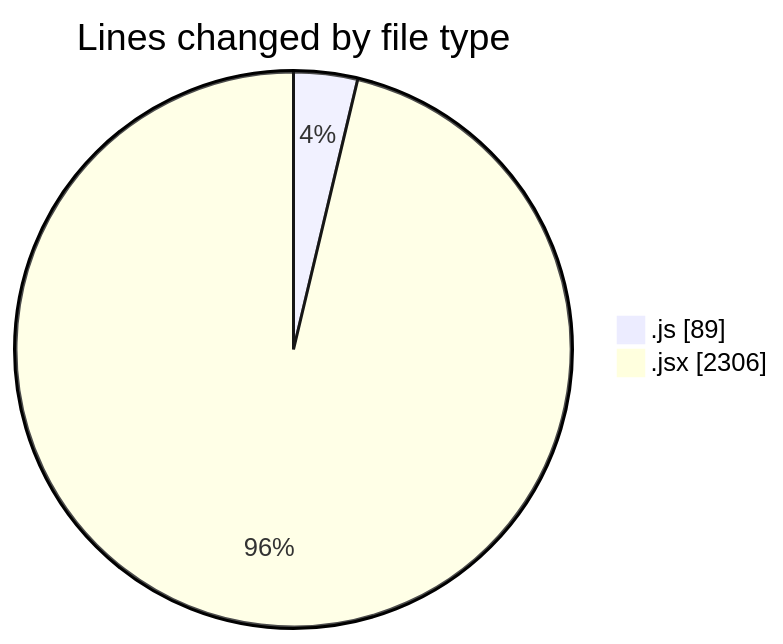
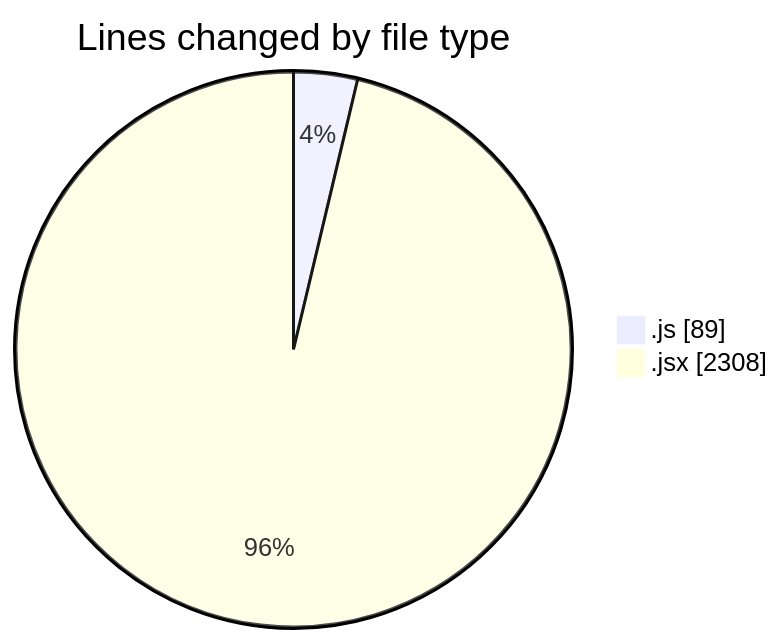
The first of 2 diagrams in 2025-05-03/nxtqube_webapp/README.md (nxtqubesakshisongat/code-tracking), drawn with Mermaid before and after one commit. The commit also changed other lines of this file and 1 other file, not shown here.

````diff
--- a/2025-05-03/nxtqube_webapp/README.md
+++ b/2025-05-03/nxtqube_webapp/README.md
@@ -23,6 +23,6 @@
 ```mermaid
 pie showData
 title Lines changed by file type
 ".js" : 89
-".jsx" : 2306
+".jsx" : 2308
 ```
````
